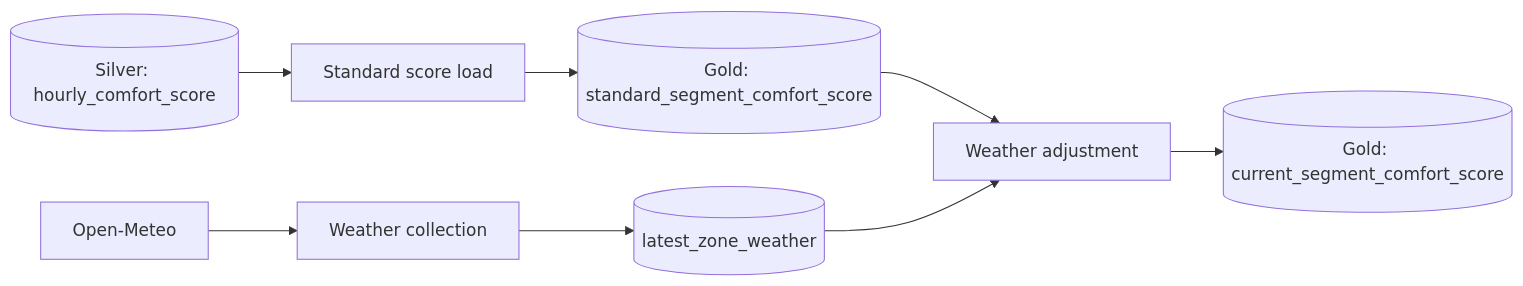
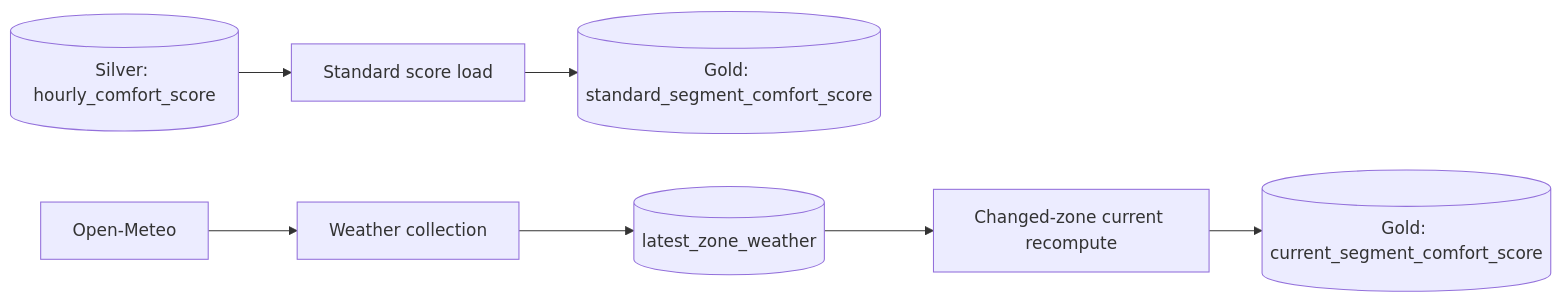
The third of 3 diagrams in context/architecture.md (softeerbootcamp-8th/DE_team4-4una), drawn with Mermaid before and after one commit. The commit also changed other lines of this file and 1 other file, not shown here.

First line of the commit message:
docs: update architecture and orchestration readme for standard_score_pipeline

````diff
--- a/context/architecture.md
+++ b/context/architecture.md
@@ -135,10 +138,9 @@
 ```mermaid
 flowchart LR
     HC[(Silver: hourly_comfort_score)] --> ST[Standard score load]
     ST --> SS[(Gold: standard_segment_comfort_score)]
-    SS --> CS[Weather adjustment]
     W[Open-Meteo] --> WC[Weather collection]
     WC --> LZ[(latest_zone_weather)]
-    LZ --> CS
+    LZ --> CS[Changed-zone current recompute]
     CS --> CU[(Gold: current_segment_comfort_score)]
 ```
````
